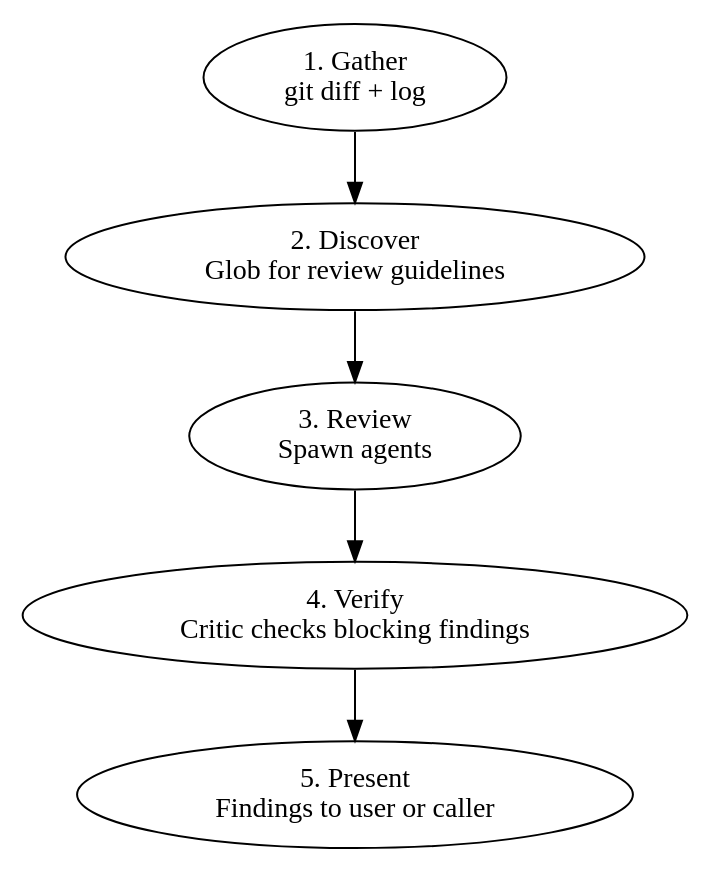
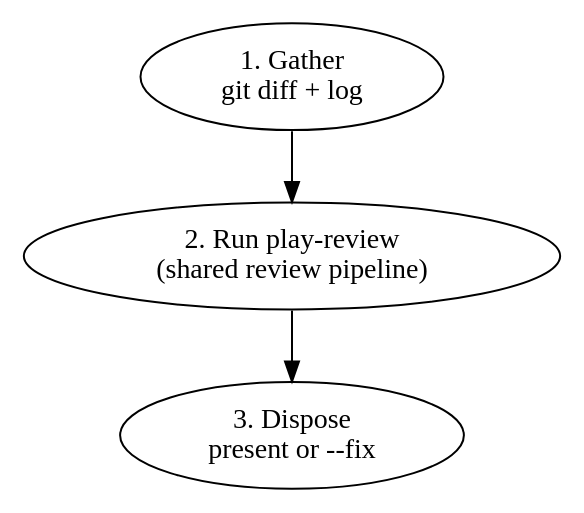
Before and after one commit to ryumiel/devcanon: the diagram in skills/branch-review/SKILL.md, drawn with Graphviz. The commit also changed other lines of this file, not shown here.

First line of the commit message:
refactor(skills): make branch-review delegate to play-review

````diff
--- a/skills/branch-review/SKILL.md
+++ b/skills/branch-review/SKILL.md
@@ -12,12 +13,10 @@
 ```dot
 digraph branch_review {
   rankdir=TB;
   gather [label="1. Gather\ngit diff + log"];
-  discover [label="2. Discover\nGlob for review guidelines"];
-  review [label="3. Review\nSpawn agents"];
-  verify [label="4. Verify\nCritic checks blocking findings"];
-  present [label="5. Present\nFindings to user or caller"];
+  delegate [label="2. Run play-review\n(shared review pipeline)"];
+  dispose [label="3. Dispose\npresent or --fix"];
 
-  gather -> discover -> review -> verify -> present;
+  gather -> delegate -> dispose;
 }
 ```
````
